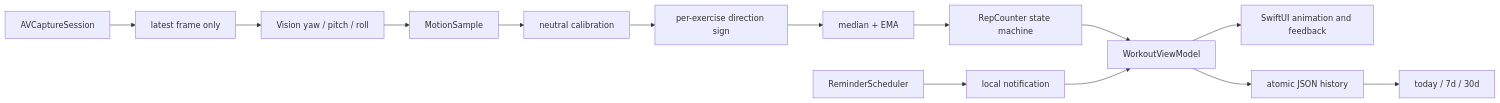
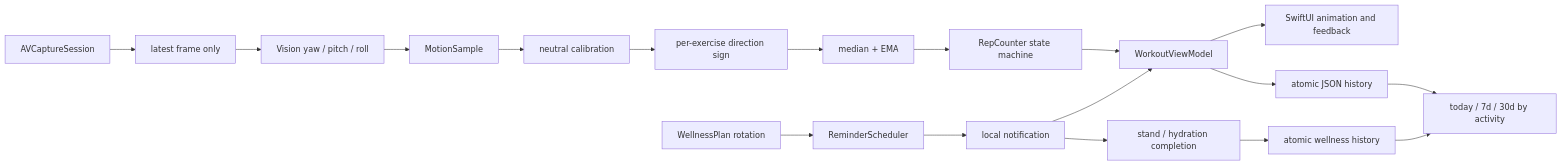
Before and after one commit to EigenLogic/MellowDesk: the first of 2 diagrams in docs/TECHNICAL_DESIGN.md, drawn with Mermaid. The commit also changed other lines of this file and 22 other files, not shown here.

Commit message:
Add unified wellness break plan (#4)

````diff
--- a/docs/TECHNICAL_DESIGN.md
+++ b/docs/TECHNICAL_DESIGN.md
@@ -16,16 +16,20 @@
 ```mermaid
 flowchart LR
   Camera["AVCaptureSession"] --> Frame["latest frame only"]
   Frame --> Vision["Vision yaw / pitch / roll"]
   Vision --> Sample["MotionSample"]
   Sample --> Calibration["neutral calibration"]
   Calibration --> Direction["per-exercise direction sign"]
   Direction --> Filter["median + EMA"]
   Filter --> Counter["RepCounter state machine"]
   Counter --> Workout["WorkoutViewModel"]
   Workout --> UI["SwiftUI animation and feedback"]
   Workout --> History["atomic JSON history"]
-  History --> Dashboard["today / 7d / 30d"]
+  Quick["stand / hydration completion"] --> ActivityHistory["atomic wellness history"]
+  History --> Dashboard["today / 7d / 30d by activity"]
+  ActivityHistory --> Dashboard
   Reminder["ReminderScheduler"] --> Notification["local notification"]
+  Plan["WellnessPlan rotation"] --> Reminder
+  Notification --> Quick
   Notification --> Workout
 ```
````
